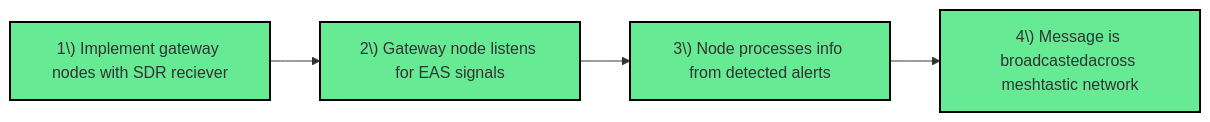
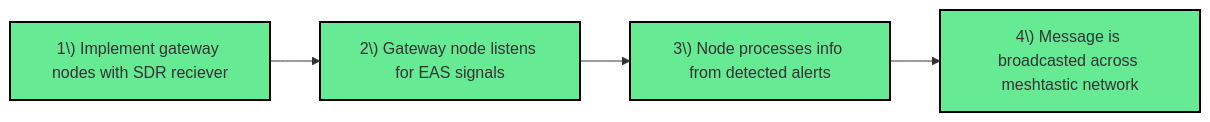
One commit to hmelner/MeshtasticNetworkGuide changed the third of 3 diagrams in CommsAppBuilding&EASGuide.md. Above: the diagram before and after it, drawn with Mermaid.

````diff
--- a/CommsAppBuilding&EASGuide.md
+++ b/CommsAppBuilding&EASGuide.md
@@ -68,15 +68,15 @@
 ```mermaid
   graph LR
   A["1\) Implement gateway nodes with SDR reciever"]
   style A fill:#67ea94,stroke:#000000,stroke-width:2px
   B["2\) Gateway node listens for EAS signals"]
   style B fill:#67ea94,stroke:#000000,stroke-width:2px
   C["3\) Node processes info from detected alerts"]
   style C fill:#67ea94,stroke:#000000,stroke-width:2px
-  D["4\) Message is broadcastedacross meshtastic network"]
+  D["4\) Message is broadcasted across meshtastic network"]
   style D fill:#67ea94,stroke:#000000,stroke-width:2px
 
   A-->B
   B-->C
   C-->D
 ```
````
